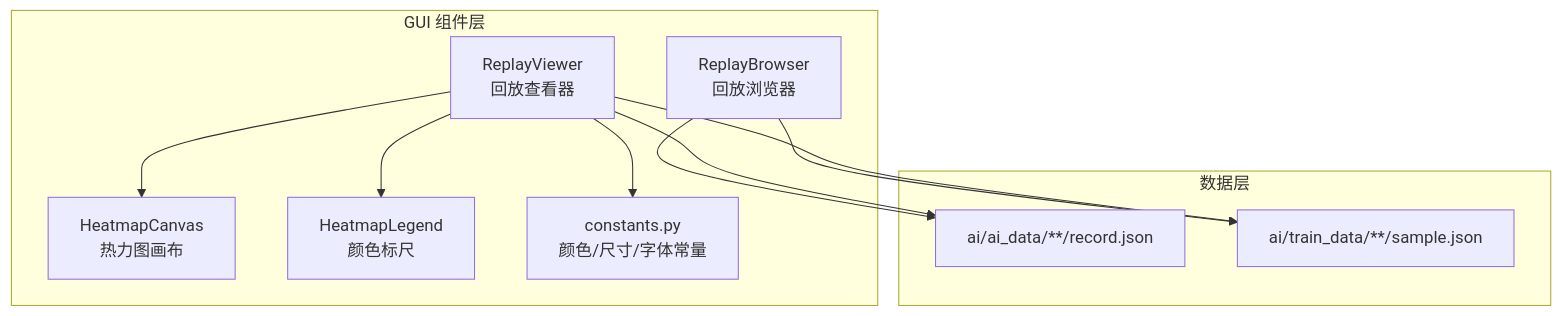
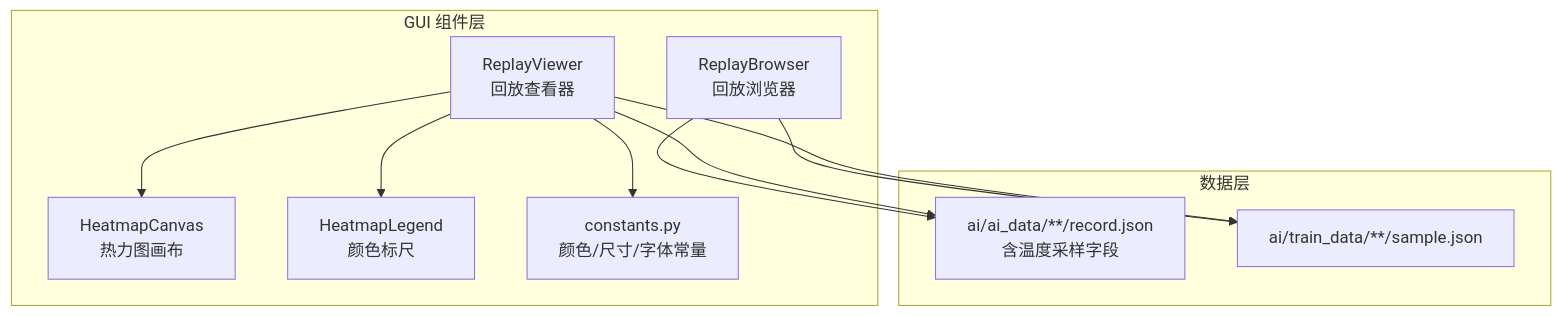
The first of 6 diagrams in .qoder/repowiki/zh/content/用户指南/可视化功能/对局回放.md (nanhao/gomoku), drawn with Mermaid before and after one commit. The commit also changed other lines of this file and 11 other files, not shown here.

````diff
--- a/.qoder/repowiki/zh/content/用户指南/可视化功能/对局回放.md
+++ b/.qoder/repowiki/zh/content/用户指南/可视化功能/对局回放.md
@@ -46,21 +58,21 @@
 ```mermaid
 graph TB
 subgraph "GUI 组件层"
 RV["ReplayViewer<br/>回放查看器"]
 RB["ReplayBrowser<br/>回放浏览器"]
 HM["HeatmapCanvas<br/>热力图画布"]
 HL["HeatmapLegend<br/>颜色标尺"]
 C["constants.py<br/>颜色/尺寸/字体常量"]
 end
 subgraph "数据层"
-R["ai/ai_data/**/record.json"]
+R["ai/ai_data/**/record.json<br/>含温度采样字段"]
 S["ai/train_data/**/sample.json"]
 end
 RB --> R
 RB --> S
 RV --> R
 RV --> S
 RV --> HM
 RV --> HL
 RV --> C
 ```
````
